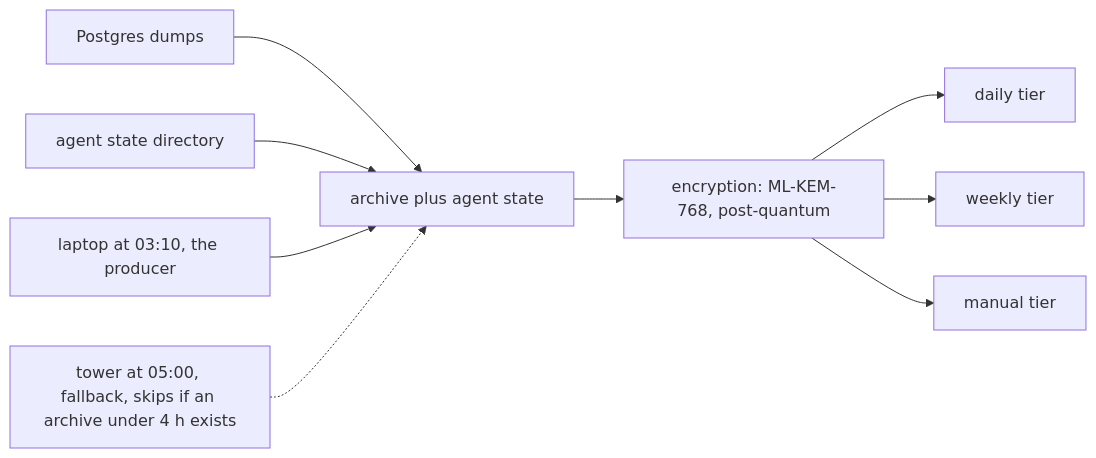
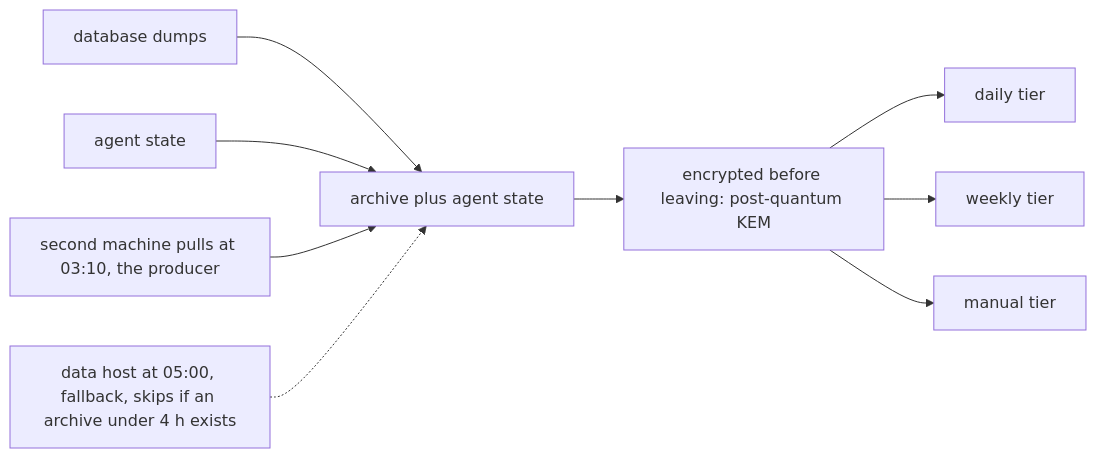
Before and after one commit to MarcPartensky/nixos: the sixth of 8 diagrams in README.md, drawn with Mermaid. The commit also changed other lines of this file, not shown here.

````diff
--- a/README.md
+++ b/README.md
@@ -153,11 +180,11 @@
 ```mermaid
 flowchart LR
-  pg["Postgres dumps"] --> pack["archive plus agent state"]
-  st["agent state directory"] --> pack
-  lap["laptop at 03:10, the producer"] --> pack
-  tow["tower at 05:00, fallback, skips if an archive under 4 h exists"] -.-> pack
-  pack --> enc["encryption: ML-KEM-768, post-quantum"]
+  pg["database dumps"] --> pack["archive plus agent state"]
+  st["agent state"] --> pack
+  pull["second machine pulls at 03:10, the producer"] --> pack
+  fb["data host at 05:00, fallback, skips if an archive under 4 h exists"] -.-> pack
+  pack --> enc["encrypted before leaving: post-quantum KEM"]
   enc --> d["daily tier"]
   enc --> w["weekly tier"]
   enc --> m["manual tier"]
 ```
````
